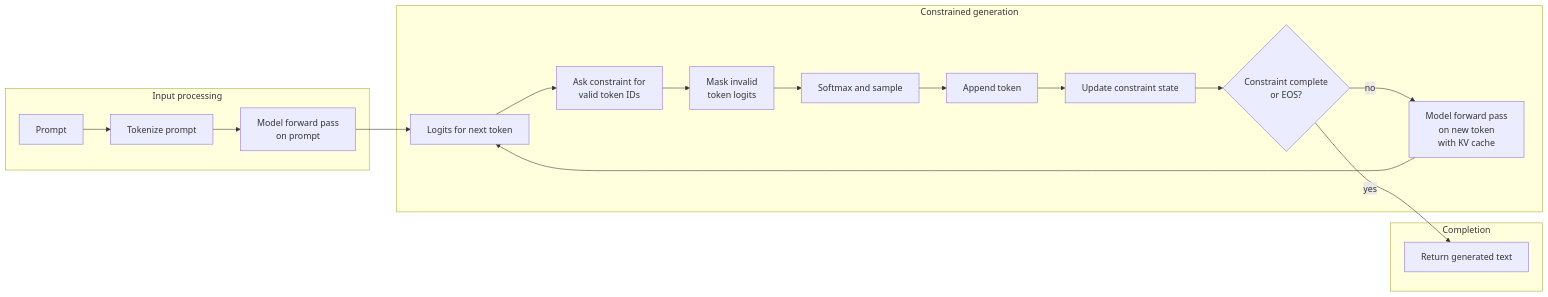
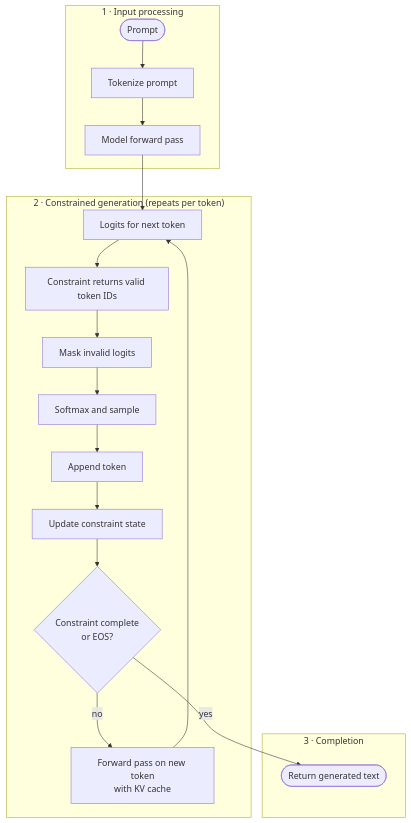
The diagram in README.md (cgnito/tcd), drawn with Mermaid before and after one commit.

````diff
--- a/README.md
+++ b/README.md
@@ -31,30 +31,24 @@
 ```mermaid
-flowchart LR
-    subgraph input["Input processing"]
-        A["Prompt"]
-        B["Tokenize prompt"]
-        C["Model forward pass<br/>on prompt"]
-        A --> B --> C
+flowchart TD
+    subgraph input["1 · Input processing"]
+        A(["Prompt"]) --> B["Tokenize prompt"] --> C["Model forward pass"]
     end
 
-    subgraph generation["Constrained generation"]
-        D["Logits for next token"]
-        E["Ask constraint for<br/>valid token IDs"]
-        F["Mask invalid<br/>token logits"]
-        G["Softmax and sample"]
-        H["Append token"]
-        I["Update constraint state"]
-        J{"Constraint complete<br/>or EOS?"}
-        L["Model forward pass<br/>on new token<br/>with KV cache"]
-        D --> E --> F --> G --> H --> I --> J
-        J -- "no" --> L
-        L --> D
+    subgraph generation["2 · Constrained generation (repeats per token)"]
+        D["Logits for next token"] --> E["Constraint returns valid token IDs"]
+        E --> F["Mask invalid logits"]
+        F --> G["Softmax and sample"]
+        G --> H["Append token"]
+        H --> I["Update constraint state"]
+        I --> J{"Constraint complete<br/>or EOS?"}
+        J -- "no" --> K["Forward pass on new token<br/>with KV cache"]
+        K --> D
     end
 
-    subgraph completion["Completion"]
-        K["Return generated text"]
+    subgraph completion["3 · Completion"]
+        L(["Return generated text"])
     end
 
     C --> D
-    J -- "yes" --> K
+    J -- "yes" --> L
 ```
````
